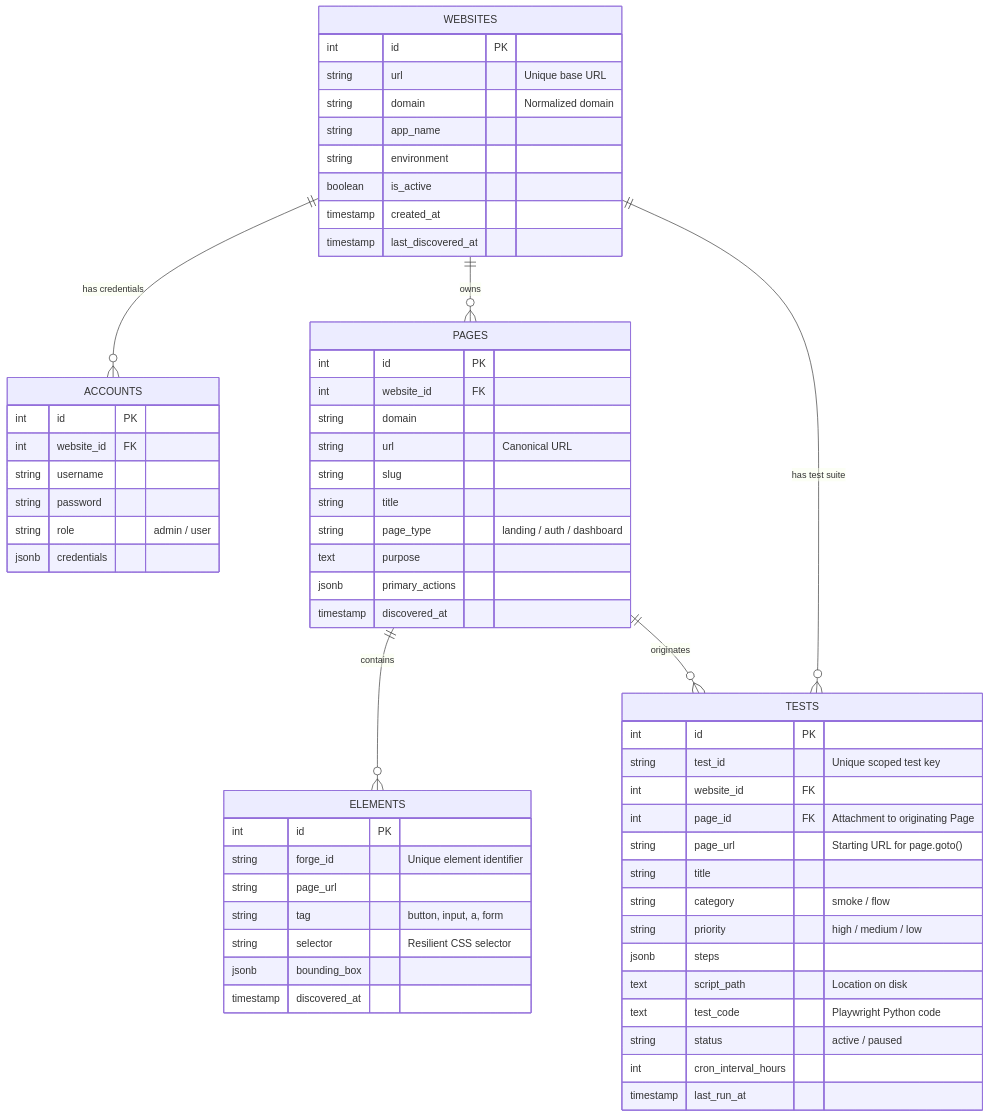
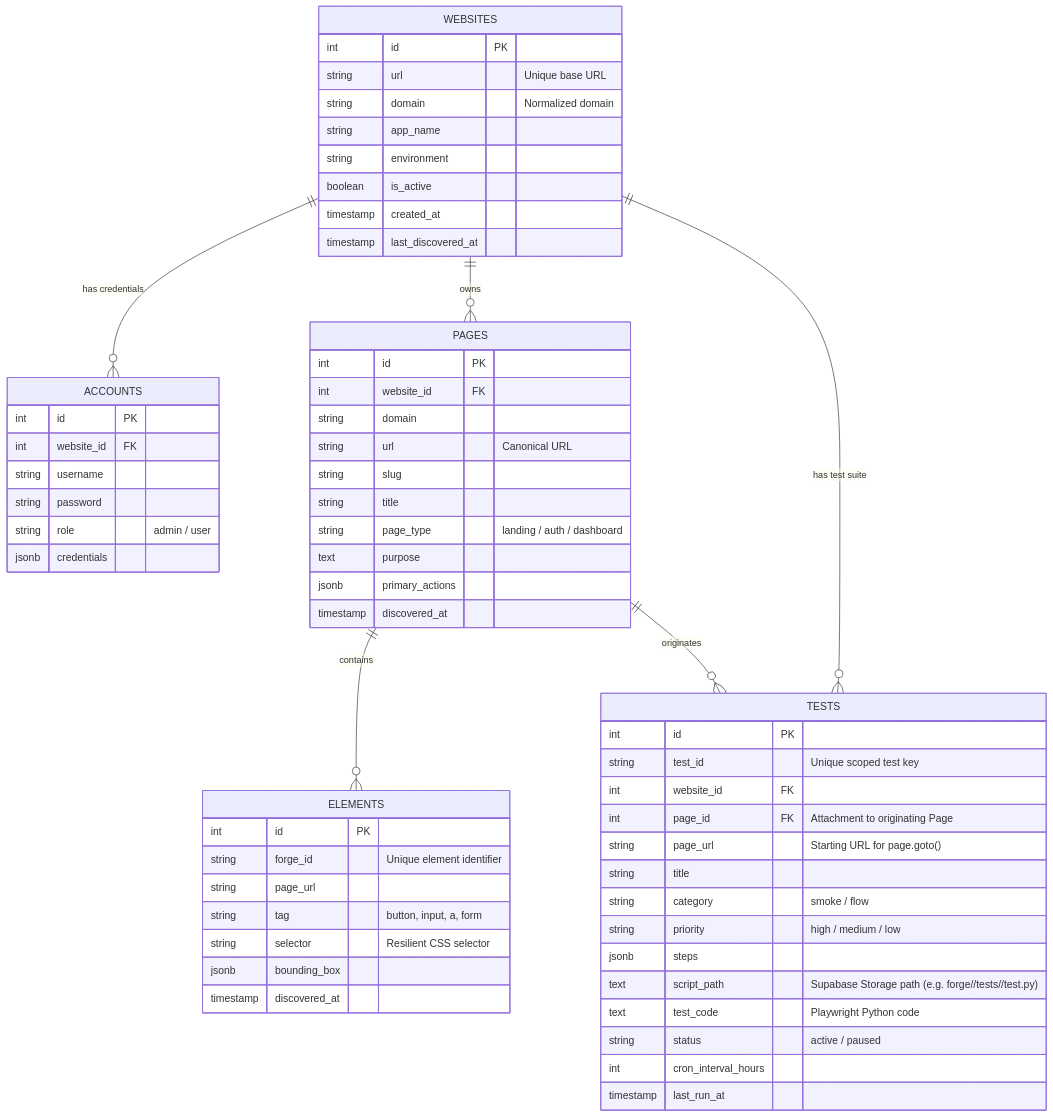
Before and after one commit to kbpramod/synapse: the second of 3 diagrams in apps/forge/docs/discovery_and_planning_architecture.md, drawn with Mermaid. The commit also changed other lines of this file and 36 other files, not shown here.

Commit message:
feat: add agent graph workflows, execution nodes, and storage backends for forge

````diff
--- a/apps/forge/docs/discovery_and_planning_architecture.md
+++ b/apps/forge/docs/discovery_and_planning_architecture.md
@@ -159,68 +169,68 @@
 ```mermaid
 erDiagram
     WEBSITES ||--o{ ACCOUNTS : "has credentials"
     WEBSITES ||--o{ PAGES : "owns"
     WEBSITES ||--o{ TESTS : "has test suite"
     PAGES ||--o{ ELEMENTS : "contains"
     PAGES ||--o{ TESTS : "originates"
 
     WEBSITES {
         int id PK
         string url "Unique base URL"
         string domain "Normalized domain"
         string app_name
         string environment
         boolean is_active
         timestamp created_at
         timestamp last_discovered_at
     }
 
     ACCOUNTS {
         int id PK
         int website_id FK
         string username
         string password
         string role "admin / user"
         jsonb credentials
     }
 
     PAGES {
         int id PK
         int website_id FK
         string domain
         string url "Canonical URL"
         string slug
         string title
         string page_type "landing / auth / dashboard"
         text purpose
         jsonb primary_actions
         timestamp discovered_at
     }
 
     ELEMENTS {
         int id PK
         string forge_id "Unique element identifier"
         string page_url
         string tag "button, input, a, form"
         string selector "Resilient CSS selector"
         jsonb bounding_box
         timestamp discovered_at
     }
 
     TESTS {
         int id PK
         string test_id "Unique scoped test key"
         int website_id FK
         int page_id FK "Attachment to originating Page"
         string page_url "Starting URL for page.goto()"
         string title
         string category "smoke / flow"
         string priority "high / medium / low"
         jsonb steps
-        text script_path "Location on disk"
+        text script_path "Supabase Storage path (e.g. forge/<domain>/tests/<test_id>/test.py)"
         text test_code "Playwright Python code"
         string status "active / paused"
         int cron_interval_hours
         timestamp last_run_at
     }
 ```
````
